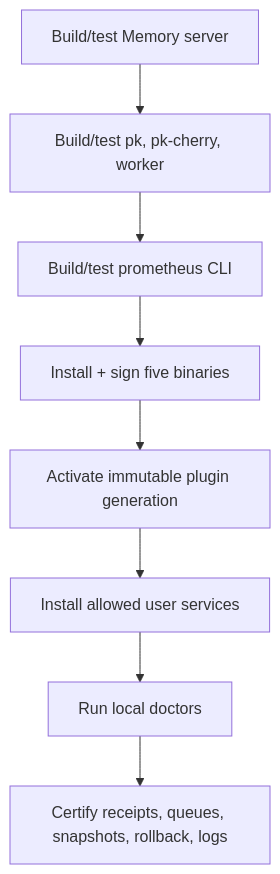
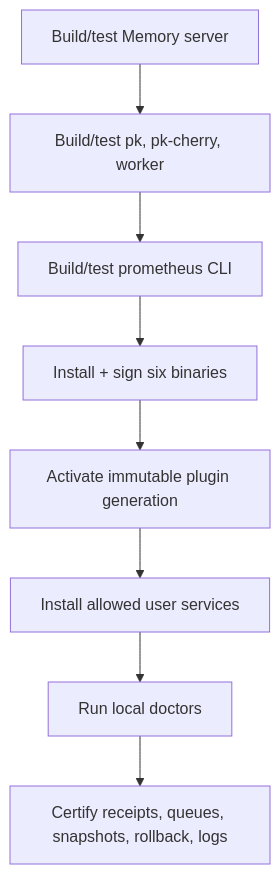
Before and after one commit to Prometheus-AGS/prometheus-skill-system: the diagram in docs/guide/19-installation.md, drawn with Mermaid. The commit also changed other lines of this file and 22 other files, not shown here.

````diff
--- a/docs/guide/19-installation.md
+++ b/docs/guide/19-installation.md
@@ -23,10 +23,10 @@
 ```mermaid
 flowchart TD
   Server["Build/test Memory server"] --> Knowledge["Build/test pk, pk-cherry, worker"]
   Knowledge --> Root["Build/test prometheus CLI"]
-  Root --> Binaries["Install + sign five binaries"]
+  Root --> Binaries["Install + sign six binaries"]
   Binaries --> Plugin["Activate immutable plugin generation"]
   Plugin --> Services["Install allowed user services"]
   Services --> Doctors["Run local doctors"]
   Doctors --> Cert["Certify receipts, queues, snapshots, rollback, logs"]
 ```
````
